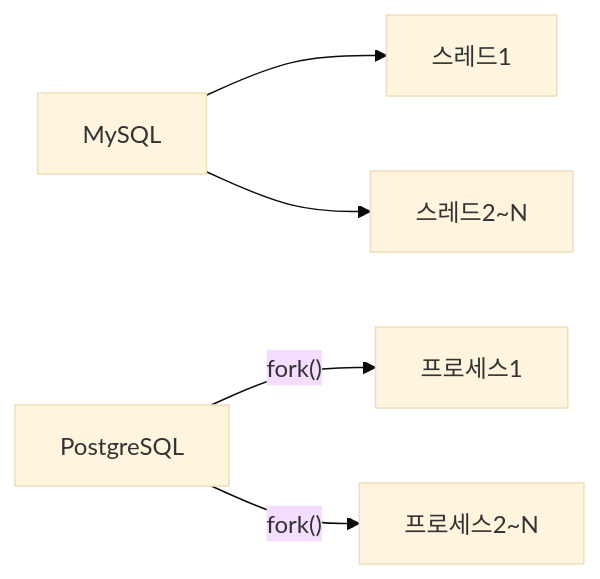
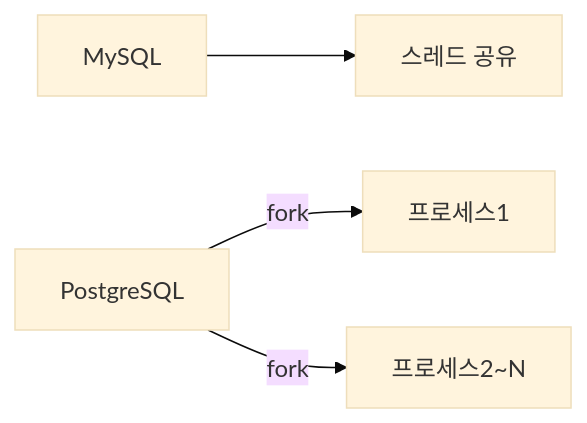
The fifth of 15 diagrams in _posts/db/2026-05-01-db-comparison.md (yjkim2015/yjkim2015.github.io), drawn with Mermaid (base theme) before and after one commit. The commit also changed other lines of this file and 163 other files, not shown here.

First line of the commit message:
Mermaid 300개 블록 내용 축소: 5노드 5엣지 이하, 의미 있는 약어

````diff
--- a/_posts/db/2026-05-01-db-comparison.md
+++ b/_posts/db/2026-05-01-db-comparison.md
@@ -110,7 +103,6 @@
 ```mermaid
 graph LR
-    P1["MySQL"] --> T1["스레드1"]
-    P1 --> T2["스레드2~N"]
-    PM["PostgreSQL"] -->|"fork()"| PR1["프로세스1"]
-    PM -->|"fork()"| PR2["프로세스2~N"]
+    MY["MySQL"] --> T["스레드 공유"]
+    PG["PostgreSQL"] -->|"fork"| P1["프로세스1"]
+    PG -->|"fork"| P2["프로세스2~N"]
 ```
````
